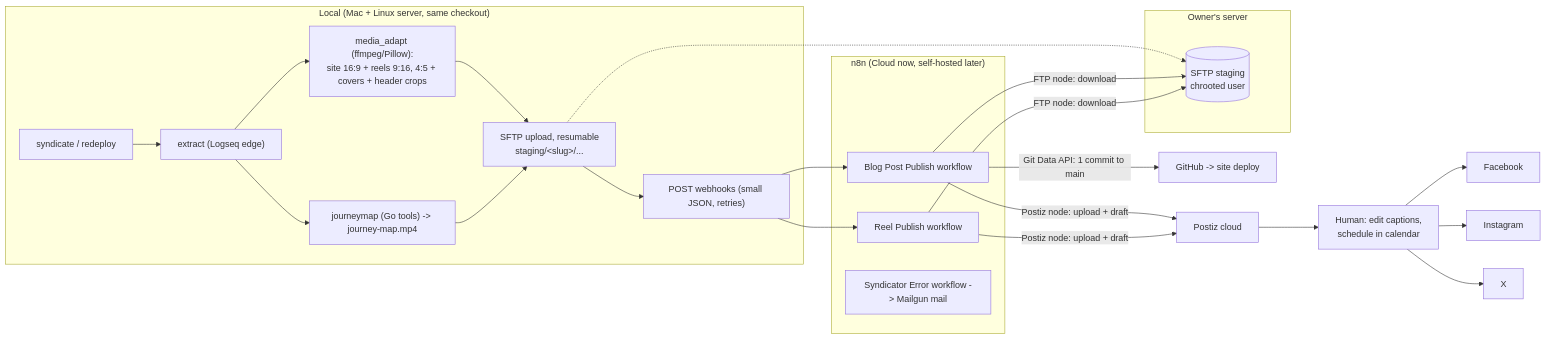
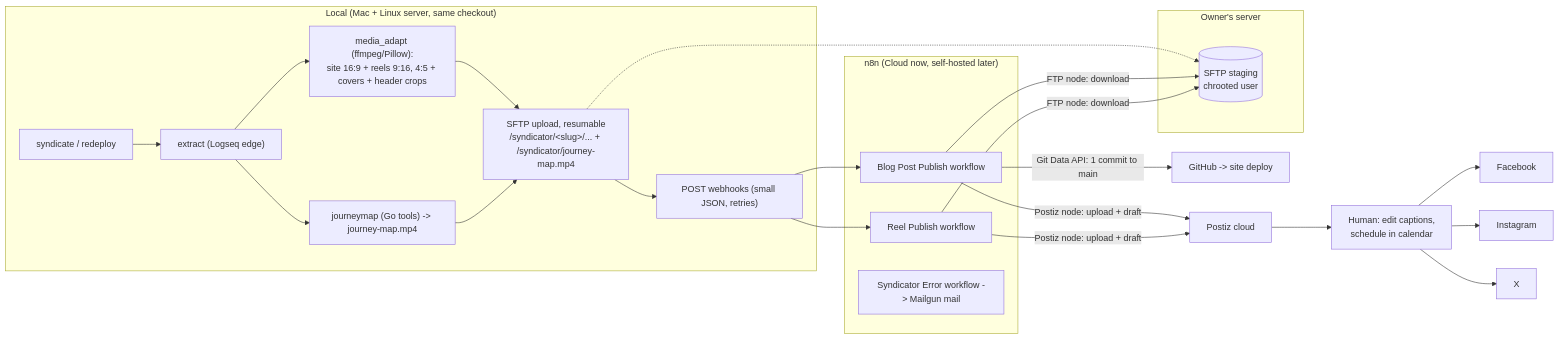
The diagram in docs/n8n-migration.md (bbaumgartner/syndicator), drawn with Mermaid before and after one commit. The commit also changed other lines of this file, not shown here.

````diff
--- a/docs/n8n-migration.md
+++ b/docs/n8n-migration.md
@@ -60,25 +61,25 @@
 ```mermaid
 flowchart LR
     subgraph Local["Local (Mac + Linux server, same checkout)"]
         M["syndicate / redeploy"] --> X["extract (Logseq edge)"]
         X --> A["media_adapt (ffmpeg/Pillow):\nsite 16:9 + reels 9:16, 4:5 + covers + header crops"]
         X --> J["journeymap (Go tools) -> journey-map.mp4"]
-        A & J --> U["SFTP upload, resumable\nstaging/&lt;slug&gt;/..."]
+        A & J --> U["SFTP upload, resumable\n/syndicator/&lt;slug&gt;/... + /syndicator/journey-map.mp4"]
         U --> W["POST webhooks (small JSON, retries)"]
     end
     subgraph Server["Owner's server"]
         S[("SFTP staging\nchrooted user")]
     end
     subgraph n8n["n8n (Cloud now, self-hosted later)"]
         WF1["Blog Post Publish workflow"]
         WF2["Reel Publish workflow"]
         WFE["Syndicator Error workflow -> Mailgun mail"]
     end
     U -.-> S
     W --> WF1 & WF2
     WF1 & WF2 -->|"FTP node: download"| S
     WF1 -->|"Git Data API: 1 commit to main"| GH["GitHub -> site deploy"]
     WF1 & WF2 -->|"Postiz node: upload + draft"| PZ["Postiz cloud"]
     PZ --> H["Human: edit captions,\nschedule in calendar"]
     H --> FB["Facebook"] & IG["Instagram"] & XP["X"]
 ```
````
